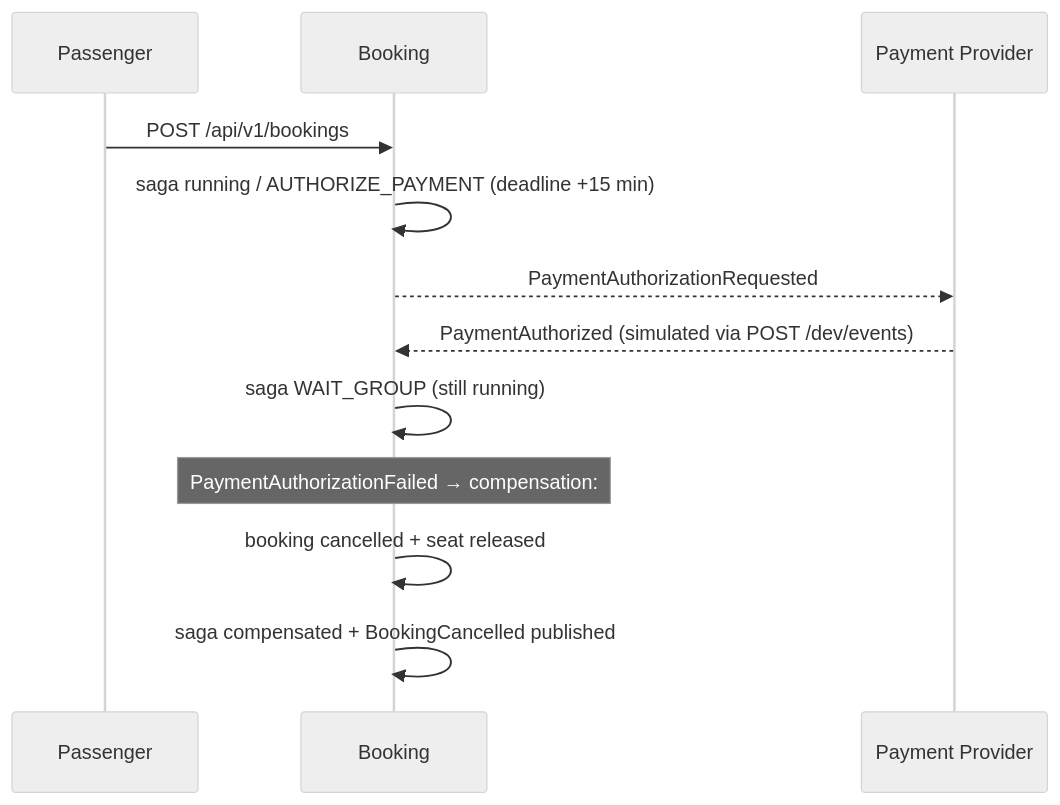
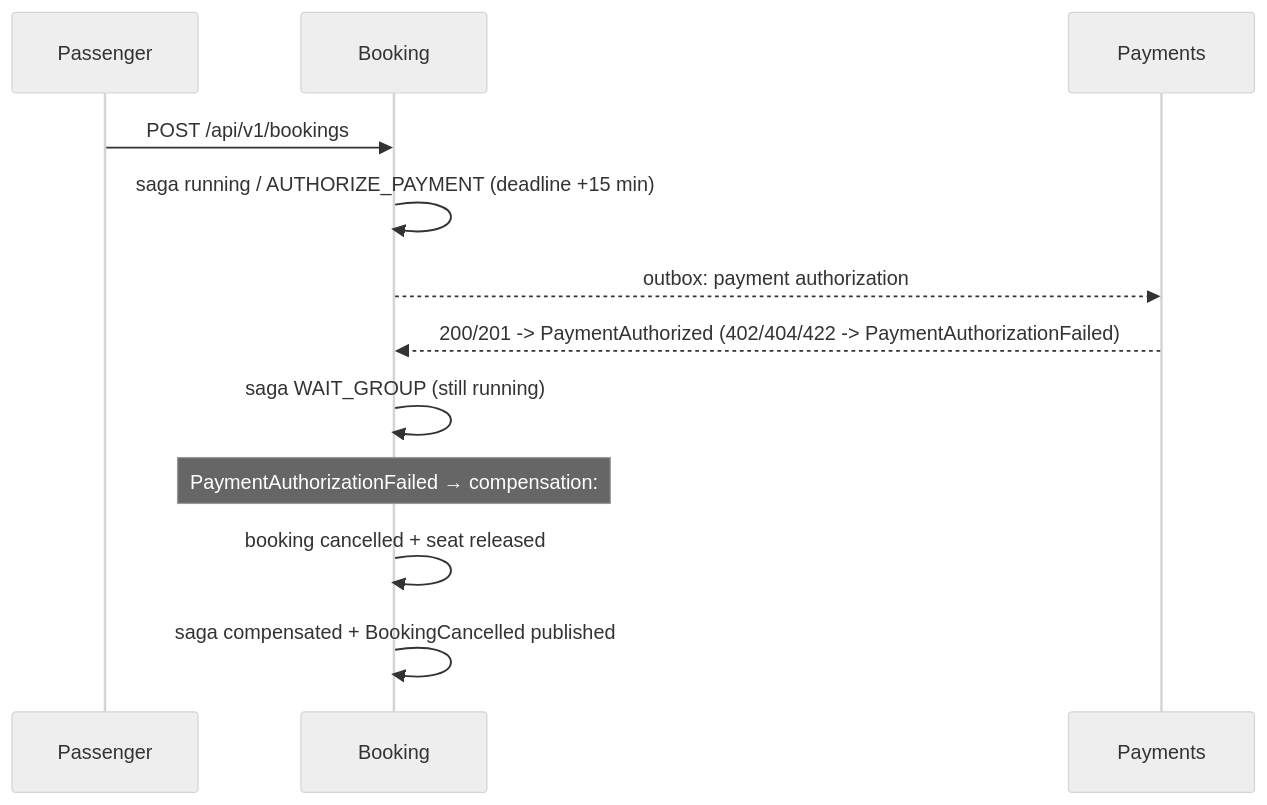
Before and after one commit to FundaTechPeru/shareway-booking-pricing: the second of 3 diagrams in README.md, drawn with Mermaid (neutral theme). The commit also changed other lines of this file and 90 other files, not shown here.

````diff
--- a/README.md
+++ b/README.md
@@ -141,11 +243,11 @@
 ```mermaid
 sequenceDiagram
     Passenger->>Booking: POST /api/v1/bookings
     Booking->>Booking: saga running / AUTHORIZE_PAYMENT (deadline +15 min)
-    Booking-->>Payment Provider: PaymentAuthorizationRequested
-    Payment Provider-->>Booking: PaymentAuthorized (simulated via POST /dev/events)
+    Booking-->>Payments: outbox: payment authorization
+    Payments-->>Booking: 200/201 -> PaymentAuthorized (402/404/422 -> PaymentAuthorizationFailed)
     Booking->>Booking: saga WAIT_GROUP (still running)
     Note over Booking: PaymentAuthorizationFailed → compensation:
     Booking->>Booking: booking cancelled + seat released
     Booking->>Booking: saga compensated + BookingCancelled published
 ```
````
